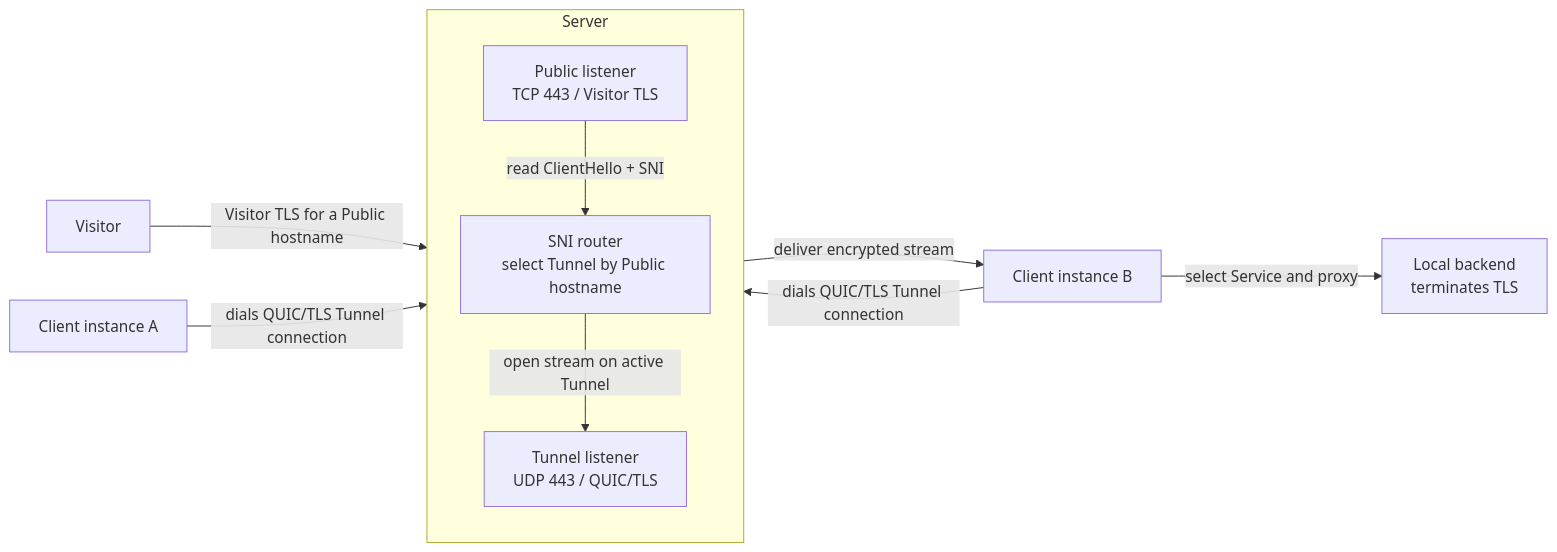
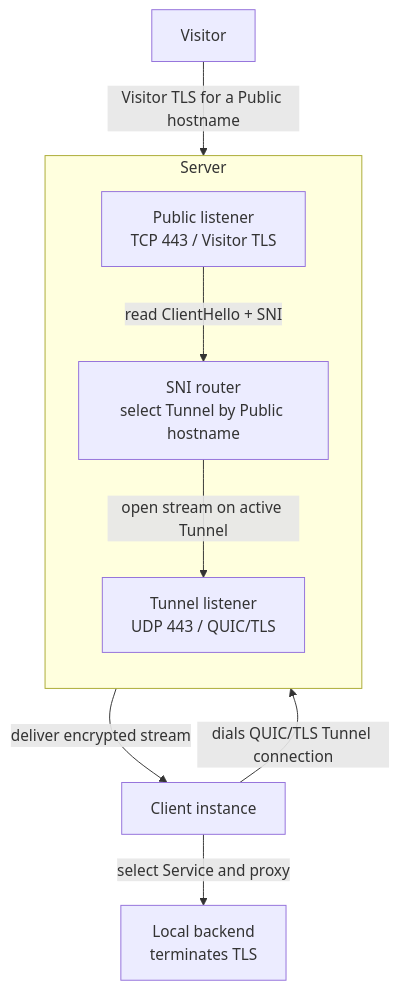
One commit to runewarp/runewarp changed the diagram in README.md. Above: the diagram before and after it, drawn with Mermaid. The commit also changed 2 other files, not shown here.

Commit message:
Diagrams

````diff
--- a/README.md
+++ b/README.md
@@ -47,23 +47,21 @@
 ```mermaid
-flowchart LR
+flowchart TD
     V[Visitor]
-    C1["Client instance A"]
-    C2["Client instance B"]
+    C["Client instance"]
     B["Local backend<br/>terminates TLS"]
 
     subgraph S["Server"]
         direction TB
         P["Public listener<br/>TCP 443 / Visitor TLS"]
         R["SNI router<br/>select Tunnel by Public hostname"]
         U["Tunnel listener<br/>UDP 443 / QUIC/TLS"]
 
         P -->|"read ClientHello + SNI"| R
         R -->|"open stream on active Tunnel"| U
     end
 
     V -->|"Visitor TLS for a Public hostname"| P
-    C1 -->|"dials QUIC/TLS Tunnel connection"| U
-    C2 -->|"dials QUIC/TLS Tunnel connection"| U
-    U -->|"deliver encrypted stream"| C2
-    C2 -->|"select Service and proxy"| B
+    C -->|"dials QUIC/TLS Tunnel connection"| U
+    U -->|"deliver encrypted stream"| C
+    C -->|"select Service and proxy"| B
 ```
````
